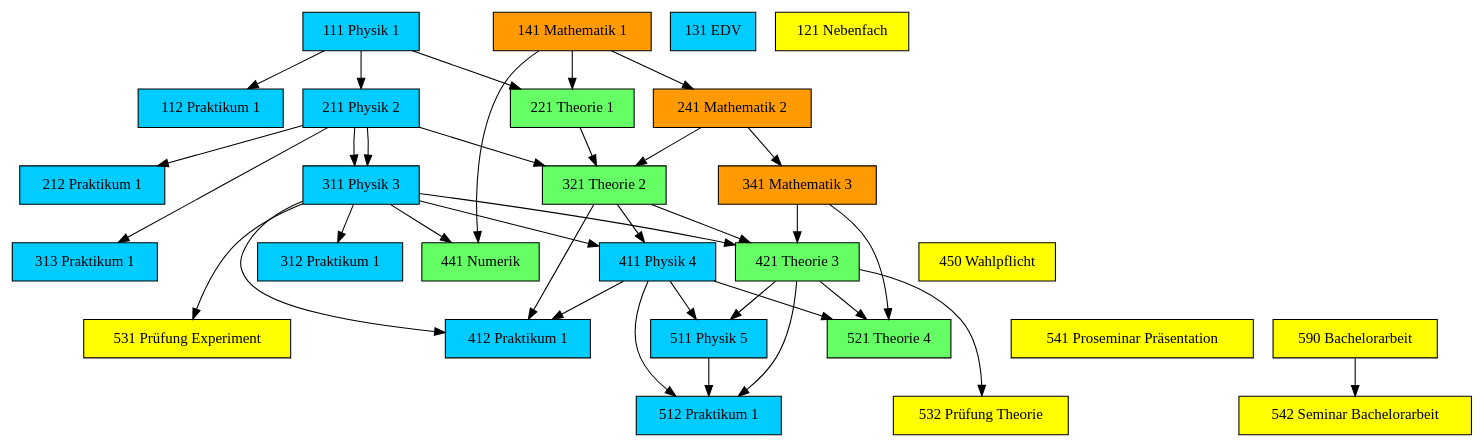
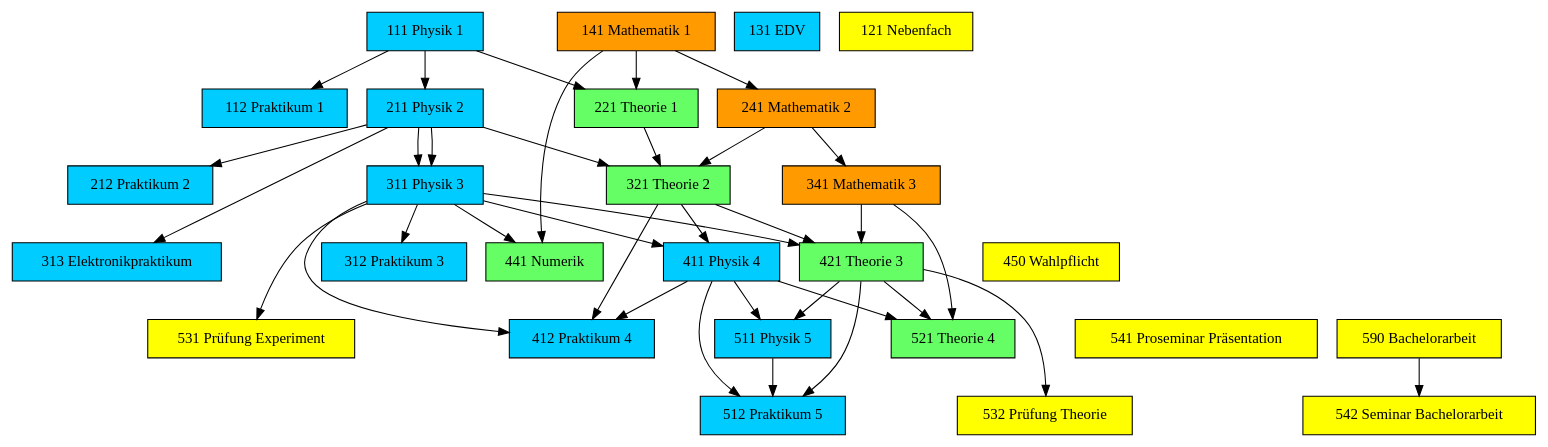
One commit to martin-ueding/master-of-physics-skilltree changed the diagram in Skilltree-Bachelor-2006.dot. Above: the diagram before and after it, drawn with Graphviz.

```diff
--- a/Skilltree-Bachelor-2006.dot
+++ b/Skilltree-Bachelor-2006.dot
@@ -1,136 +1,136 @@
 // Copyright © 2015 Martin Ueding <dev@martin-ueding.de>
 
 digraph {
     node [shape=box style=filled]
 
     {
         node[fillcolor="#00CCFF"]
 
         111 [label="111 Physik 1"]
         211 [label="211 Physik 2"]
         311 [label="311 Physik 3"]
         411 [label="411 Physik 4"]
         511 [label="511 Physik 5"]
 
         112 [label="112 Praktikum 1"]
-        212 [label="212 Praktikum 1"]
-        312 [label="312 Praktikum 1"]
-        313 [label="313 Praktikum 1"]
-        412 [label="412 Praktikum 1"]
-        512 [label="512 Praktikum 1"]
+        212 [label="212 Praktikum 2"]
+        312 [label="312 Praktikum 3"]
+        313 [label="313 Elektronikpraktikum"]
+        412 [label="412 Praktikum 4"]
+        512 [label="512 Praktikum 5"]
 
         131 [label="131 EDV"]
     }
     {
         node[fillcolor="#FF9A00"]
         141 [label="141 Mathematik 1"]
         241 [label="241 Mathematik 2"]
         341 [label="341 Mathematik 3"]
     }
     {
         node[fillcolor="#65FF65"]
         221 [label="221 Theorie 1"]
         321 [label="321 Theorie 2"]
         421 [label="421 Theorie 3"]
         521 [label="521 Theorie 4"]
 
         441 [label="441 Numerik"]
     }
     {
         node[fillcolor="#FFFF00"]
         121 [label="121 Nebenfach"]
         450 [label="450 Wahlpflicht"]
 
         531 [label="531 Prüfung Experiment"]
         532 [label="532 Prüfung Theorie"]
 
         541 [label="541 Proseminar Präsentation"]
         542 [label="542 Seminar Bachelorarbeit"]
 
         590 [label="590 Bachelorarbeit"]
     }
         
     {
         rank = same
 
         111
         141
         121
         131
     }
     {
         rank = same
 
         211
         112
         241
         221
     }
     {
         rank = same
 
         311
         212
         341
         321
     }
     {
         rank = same
 
         312
     }
     {
         rank = same
 
         411
         313
         441
         421
         450
     }
     {
         rank = same
 
         511
         412
         521
         531
         541
         590
     }
     {
         rank = same
 
         512
         532
         542
     }
 
 
     111 -> 112
     211 -> 212
     111 -> 211
     211 -> 311
     311 -> 412
     141, 111 -> 221
     141 -> 241
     211 -> 311
     311 -> 312
     211 -> 313
     241, 221, 211 -> 321
     241 -> 341
     311, 321 -> 411
     411, 321 -> 412
     341, 321, 311 -> 421
     311, 141 -> 441
     411, 421 -> 511
     411, 421, 511 -> 512
     341, 421, 411 -> 521
 
     311 -> 531
     421 -> 532
 
     590 -> 542;
 }
 
 // vim: autoindent
```
